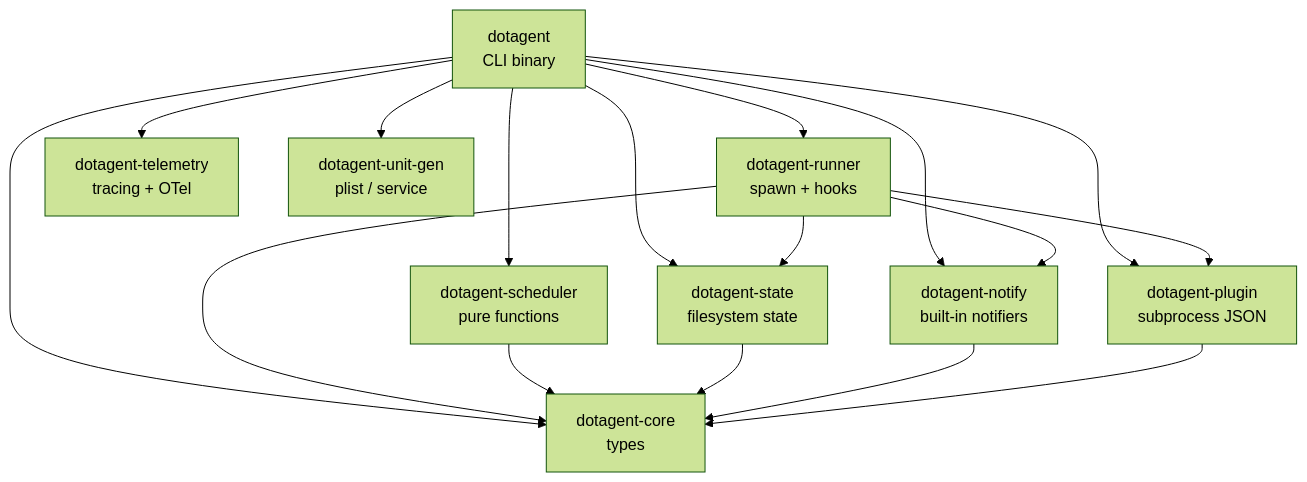
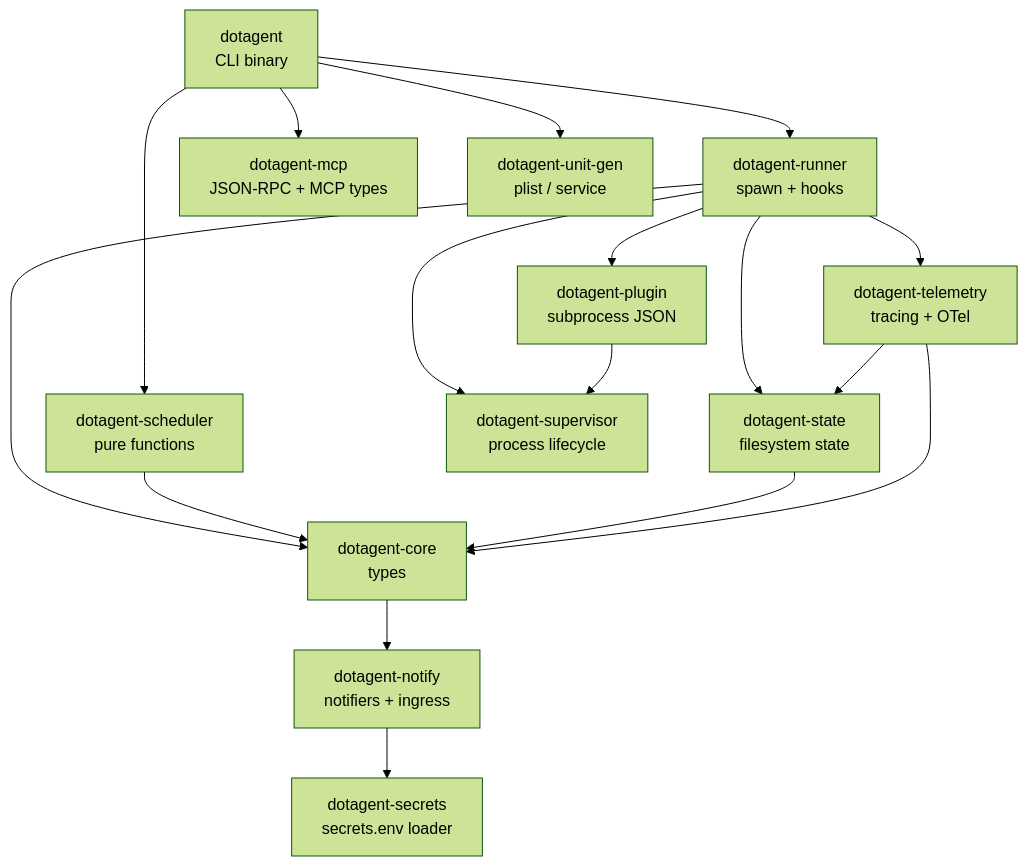
Before and after one commit to avelino/dotagent: the second of 4 diagrams in docs/concepts/architecture.md, drawn with Mermaid (forest theme). The commit also changed other lines of this file and 45 other files, not shown here.

````diff
--- a/docs/concepts/architecture.md
+++ b/docs/concepts/architecture.md
@@ -60,19 +60,19 @@
 ```mermaid
 flowchart TD
-    cli[dotagent<br/>CLI binary] --> core[dotagent-core<br/>types]
-    cli --> runner[dotagent-runner<br/>spawn + hooks]
+    cli[dotagent<br/>CLI binary] --> runner[dotagent-runner<br/>spawn + hooks]
     cli --> scheduler[dotagent-scheduler<br/>pure functions]
-    cli --> state[dotagent-state<br/>filesystem state]
-    cli --> notify[dotagent-notify<br/>built-in notifiers]
-    cli --> plugin[dotagent-plugin<br/>subprocess JSON]
-    cli --> telemetry[dotagent-telemetry<br/>tracing + OTel]
+    cli --> mcp[dotagent-mcp<br/>JSON-RPC + MCP types]
     cli --> unitgen[dotagent-unit-gen<br/>plist / service]
-    runner --> core
-    runner --> state
-    runner --> notify
-    runner --> plugin
+    runner --> core[dotagent-core<br/>types]
+    runner --> state[dotagent-state<br/>filesystem state]
+    runner --> plugin[dotagent-plugin<br/>subprocess JSON]
+    runner --> telemetry[dotagent-telemetry<br/>tracing + OTel]
+    runner --> supervisor[dotagent-supervisor<br/>process lifecycle]
     scheduler --> core
     state --> core
-    notify --> core
-    plugin --> core
+    telemetry --> core
+    telemetry --> state
+    plugin --> supervisor
+    core --> notify[dotagent-notify<br/>notifiers + ingress]
+    notify --> secrets[dotagent-secrets<br/>secrets.env loader]
 ```
````
